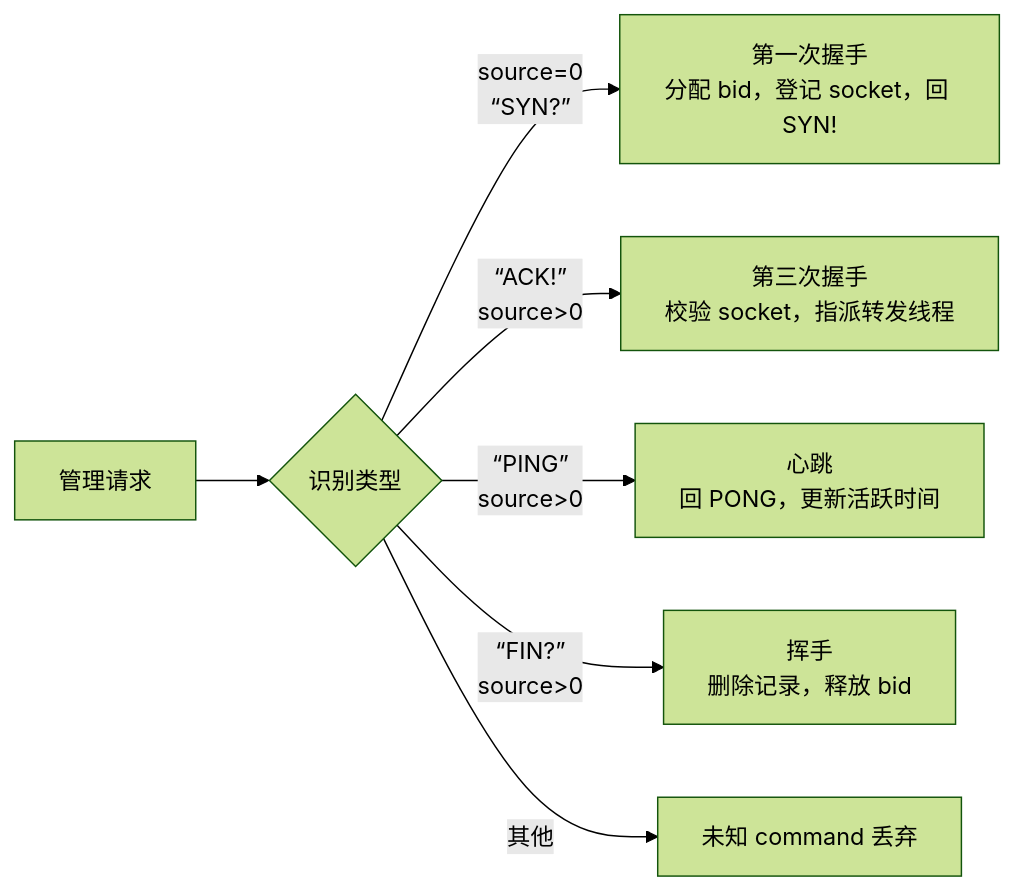
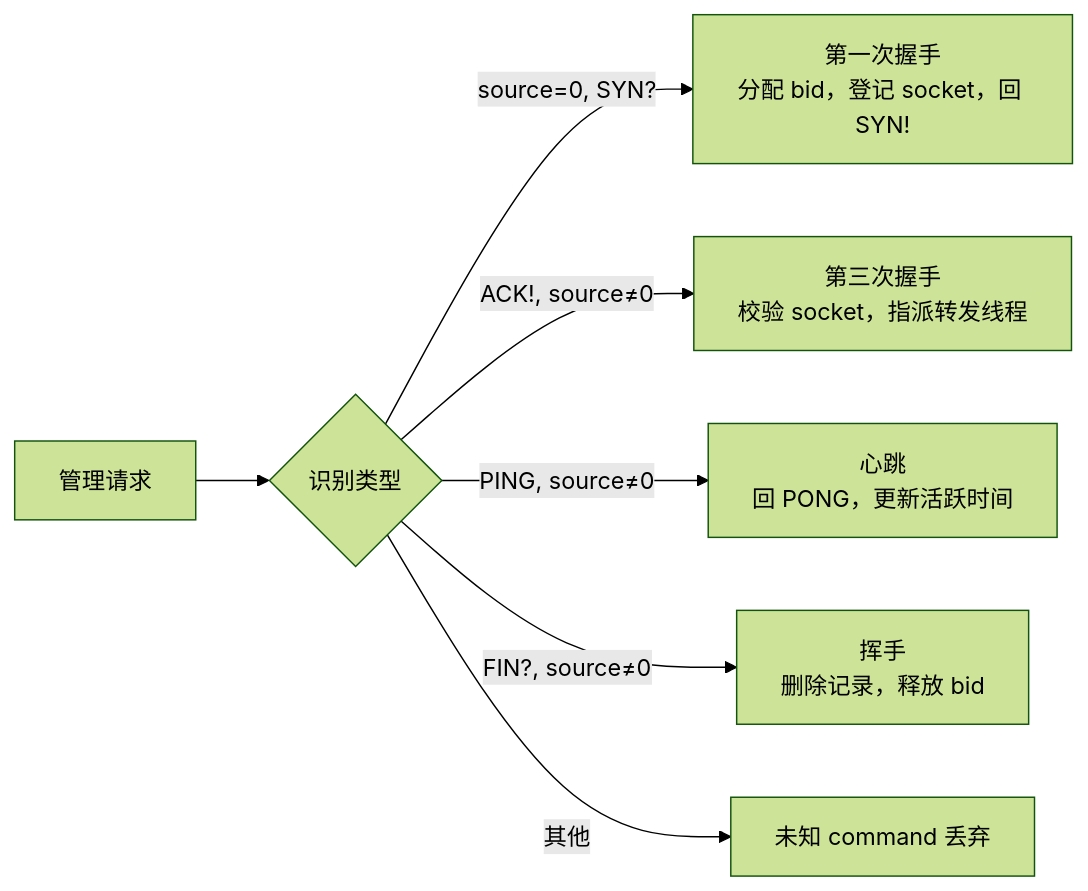
One commit to moky/magpie-bridge changed the fourth of 4 diagrams in docs/design-architecture.zh-CN.md. Above: the diagram before and after it, drawn with Mermaid (forest theme). The commit also changed 19 other files, not shown here.

````diff
--- a/docs/design-architecture.zh-CN.md
+++ b/docs/design-architecture.zh-CN.md
@@ -73,9 +73,9 @@
 ```mermaid
 flowchart LR
     Q[管理请求] --> T{识别类型}
-    T -- source=0<br/>“SYN?” --> H1[第一次握手<br/>分配 bid，登记 socket，回 SYN!]
-    T -- “ACK!”<br/>source>0 --> H3[第三次握手<br/>校验 socket，指派转发线程]
-    T -- “PING”<br/>source>0 --> HB[心跳<br/>回 PONG，更新活跃时间]
-    T -- “FIN?”<br/>source>0 --> FW[挥手<br/>删除记录，释放 bid]
-    T -- 其他 --> UN[未知 command 丢弃]
+    T -->|source=0, SYN?| H1[第一次握手<br/>分配 bid，登记 socket，回 SYN!]
+    T -->|ACK!, source≠0| H3[第三次握手<br/>校验 socket，指派转发线程]
+    T -->|PING, source≠0| HB[心跳<br/>回 PONG，更新活跃时间]
+    T -->|FIN?, source≠0| FW[挥手<br/>删除记录，释放 bid]
+    T -->|其他| UN[未知 command 丢弃]
 ```
````
